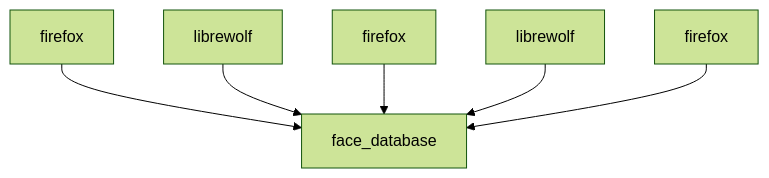
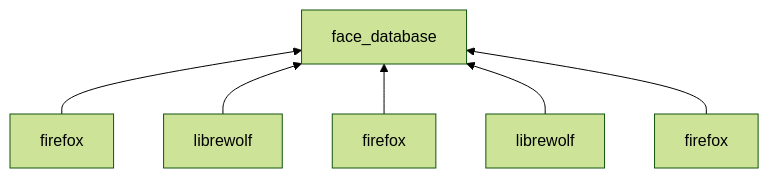
Before and after one commit to 198thread/lineup: the third of 3 diagrams in README.md, drawn with Mermaid (forest theme). The commit also changed other lines of this file, not shown here.

````diff
--- a/README.md
+++ b/README.md
@@ -32,8 +32,8 @@
 ```mermaid
-graph TD;
+graph BT;
     B[firefox] --> A[face_database]
     C[librewolf] --> A
     D[firefox] --> A
     E[librewolf] --> A
     F[firefox] --> A
 ```
````
